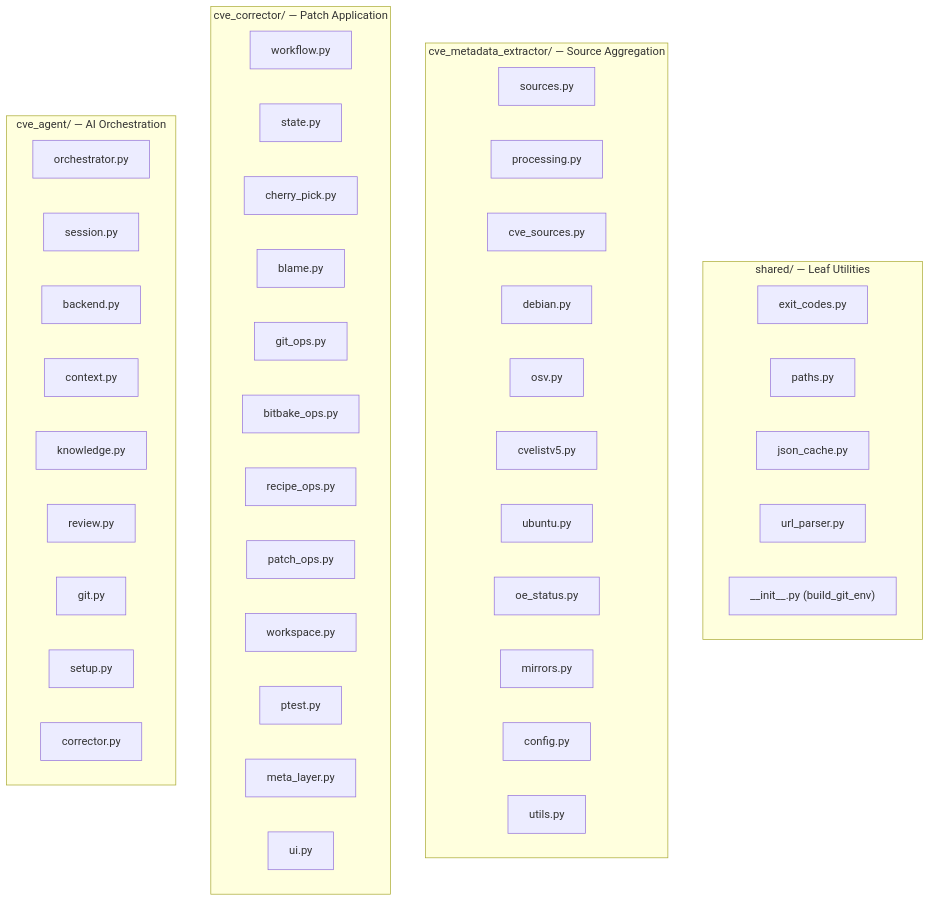
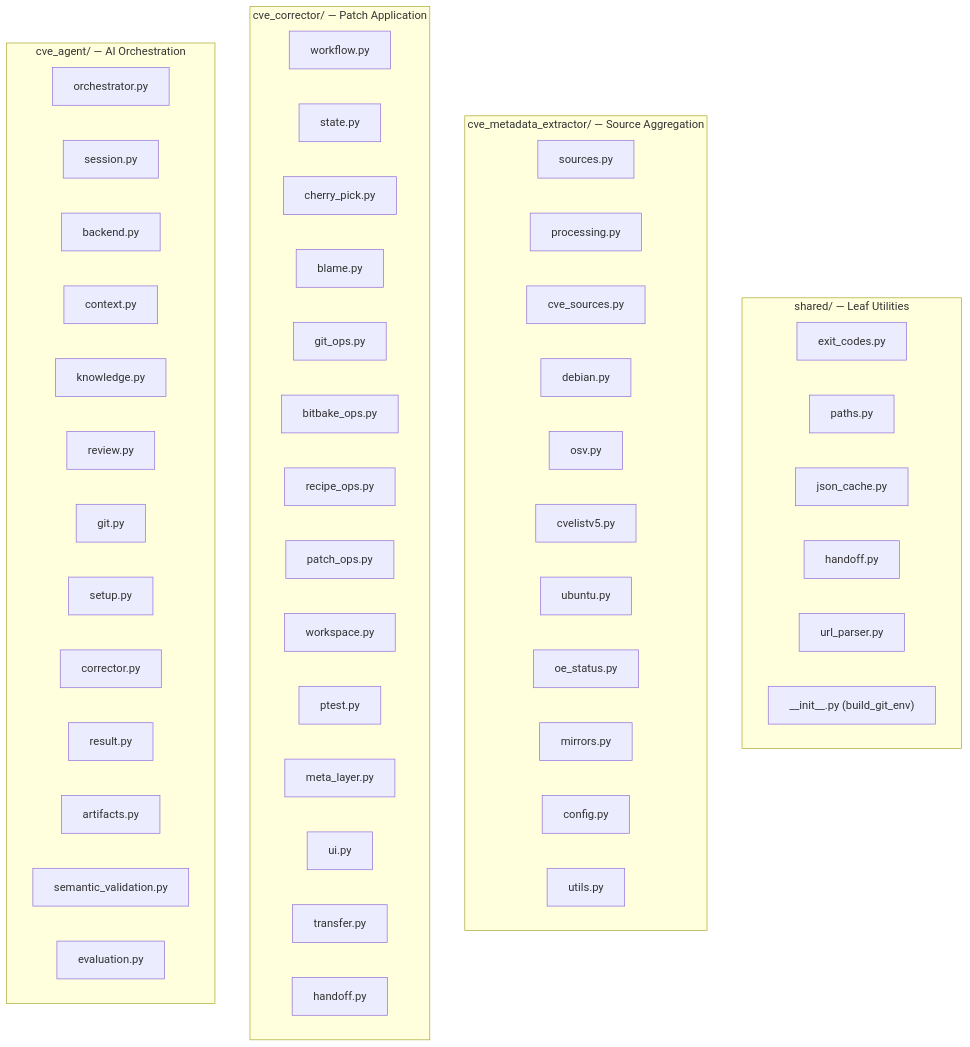
One commit to Ericsson/yocto-security-tools changed the diagram in .agents/summary/components.md. Above: the diagram before and after it, drawn with Mermaid. The commit also changed other lines of this file and 4 other files, not shown here.

````diff
--- a/.agents/summary/components.md
+++ b/.agents/summary/components.md
@@ -5,48 +5,55 @@
 ```mermaid
 graph TB
     subgraph shared["shared/ — Leaf Utilities"]
         exit_codes["exit_codes.py"]
         paths["paths.py"]
         json_cache["json_cache.py"]
+        shared_handoff["handoff.py"]
         url_parser["url_parser.py"]
         shared_init["__init__.py (build_git_env)"]
     end
     subgraph extractor["cve_metadata_extractor/ — Source Aggregation"]
         sources["sources.py"]
         processing["processing.py"]
         cve_sources["cve_sources.py"]
         debian["debian.py"]
         osv["osv.py"]
         cvelistv5["cvelistv5.py"]
         ubuntu["ubuntu.py"]
         oe_status["oe_status.py"]
         mirrors["mirrors.py"]
         ext_config["config.py"]
         ext_utils["utils.py"]
     end
     subgraph corrector["cve_corrector/ — Patch Application"]
         workflow["workflow.py"]
         state["state.py"]
         cherry_pick["cherry_pick.py"]
         blame["blame.py"]
         git_ops["git_ops.py"]
         bitbake_ops["bitbake_ops.py"]
         recipe_ops["recipe_ops.py"]
         patch_ops["patch_ops.py"]
         workspace["workspace.py"]
         ptest["ptest.py"]
         meta_layer["meta_layer.py"]
         ui["ui.py"]
+        transfer["transfer.py"]
+        corrector_handoff["handoff.py"]
     end
     subgraph agent["cve_agent/ — AI Orchestration"]
         orchestrator["orchestrator.py"]
         session["session.py"]
         backend["backend.py"]
         context["context.py"]
         knowledge["knowledge.py"]
         review["review.py"]
         agent_git["git.py"]
         setup["setup.py"]
         corrector_mod["corrector.py"]
+        result["result.py"]
+        artifacts["artifacts.py"]
+        semantic_validation["semantic_validation.py"]
+        evaluation["evaluation.py"]
     end
 ```
````
